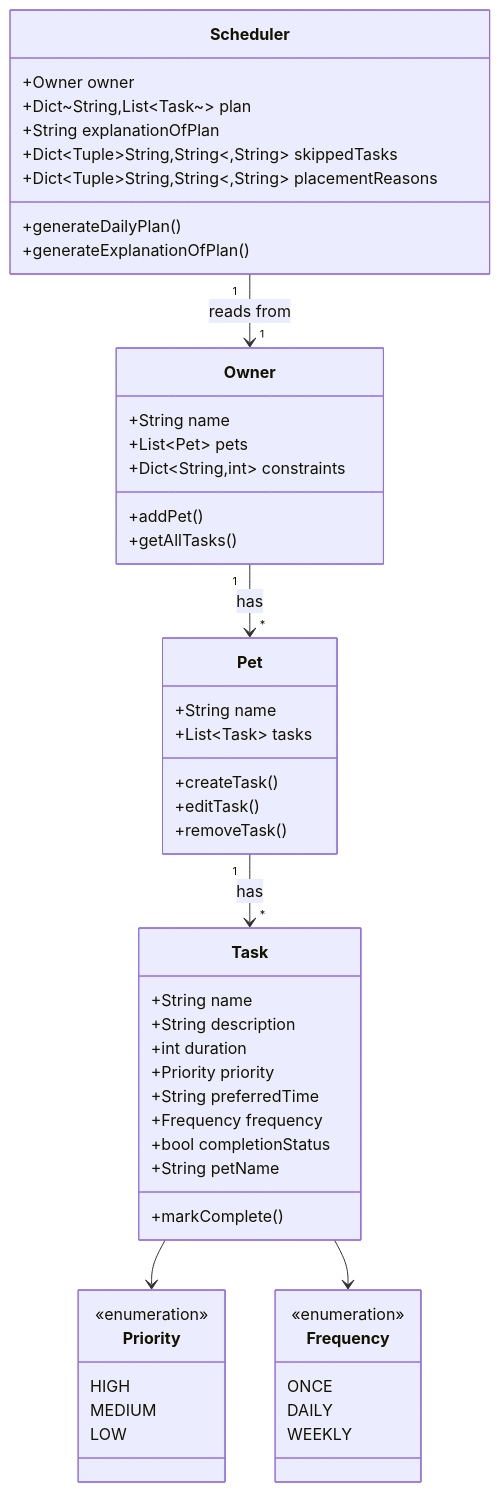
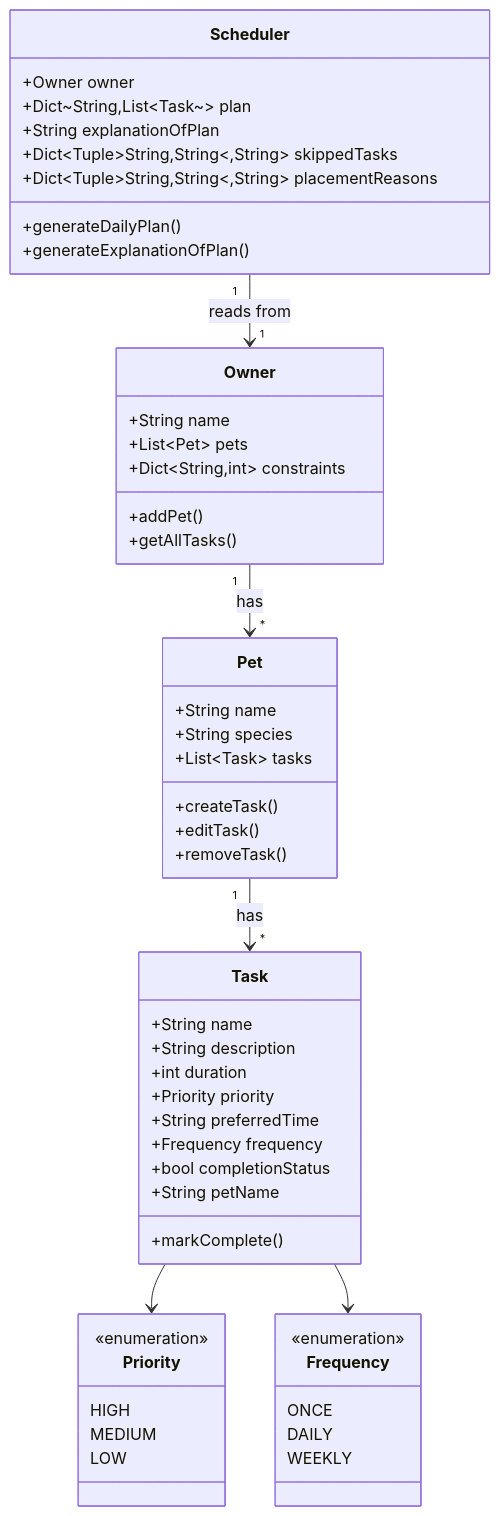
Before and after one commit to salvillalon45/ai110-module2show-pawpal-starter: the diagram in diagrams/uml.mmd, drawn with Mermaid. The commit also changed 3 other files, not shown here.

Commit message:
added new field called species to uml and Pet class updated the ui to add a task for a pet, there is now an add Pet button, and a formatted table appear showing all the tasks Updated reflection to say that I added a new field to Pet

```diff
--- a/diagrams/uml.mmd
+++ b/diagrams/uml.mmd
@@ -1,58 +1,59 @@
 classDiagram
     class Owner {
         +String name
         +List~Pet~ pets 
         +Dict~String,int~ constraints
         +addPet()
         +getAllTasks()
     }
 
     class Task {
         +String name
         +String description
         +int duration
         +Priority priority
         +String preferredTime
         +Frequency frequency
         +bool completionStatus
         +String petName
         +markComplete()
     }
 
     class Priority {
         <<enumeration>>
         HIGH
         MEDIUM
         LOW
     }
 
     class Frequency {
         <<enumeration>>
         ONCE
         DAILY
         WEEKLY
     }
 
     class Pet {
         +String name
+        +String species
         +List~Task~ tasks
         +createTask()
         +editTask()
         +removeTask()
     }
 
     class Scheduler {
         +Owner owner
         +Dict~String,List~Task~~ plan
         +String explanationOfPlan
         +Dict~Tuple~String,String~,String~ skippedTasks
         +Dict~Tuple~String,String~,String~ placementReasons
         +generateDailyPlan()
         +generateExplanationOfPlan()
     }
 
     Pet "1" --> "*" Task : has
     Task --> Priority
     Task --> Frequency
     Owner "1" --> "*" Pet : has
     Scheduler "1" --> "1" Owner : reads from
```
